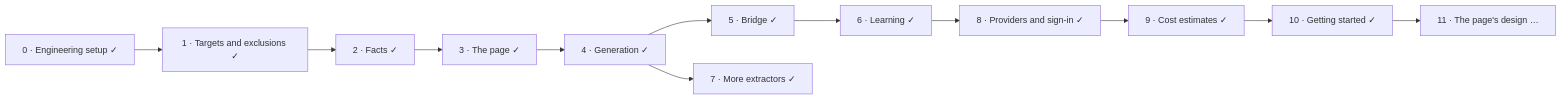
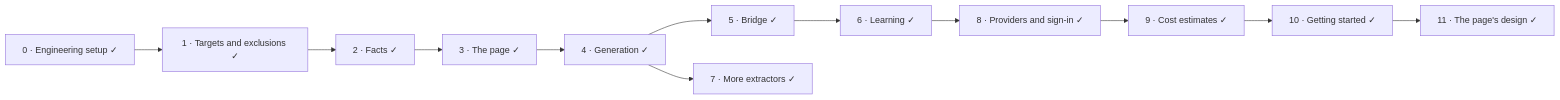
The fifth of 5 diagrams in README.md (mohamed-abdelsattar92/codetrail), drawn with Mermaid before and after one commit. The commit also changed other lines of this file and 8 other files, not shown here.

````diff
--- a/README.md
+++ b/README.md
@@ -229,14 +236,14 @@
 ```mermaid
 flowchart LR
     P0["0 · Engineering setup ✓"] --> P1["1 · Targets and exclusions ✓"]
     P1 --> P2["2 · Facts ✓"]
     P2 --> P3["3 · The page ✓"]
     P3 --> P4["4 · Generation ✓"]
     P4 --> P5["5 · Bridge ✓"]
     P5 --> P6["6 · Learning ✓"]
     P4 --> P7["7 · More extractors ✓"]
     P6 --> P8["8 · Providers and sign-in ✓"]
     P8 --> P9["9 · Cost estimates ✓"]
     P9 --> P10["10 · Getting started ✓"]
-    P10 --> P11["11 · The page's design …"]
+    P10 --> P11["11 · The page's design ✓"]
 ```
````
